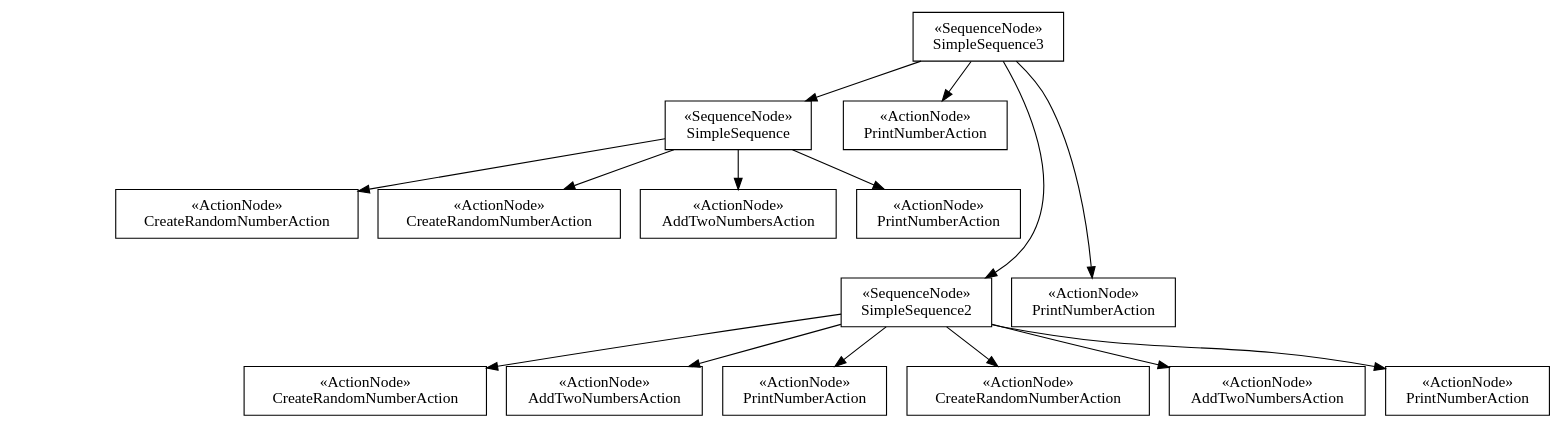
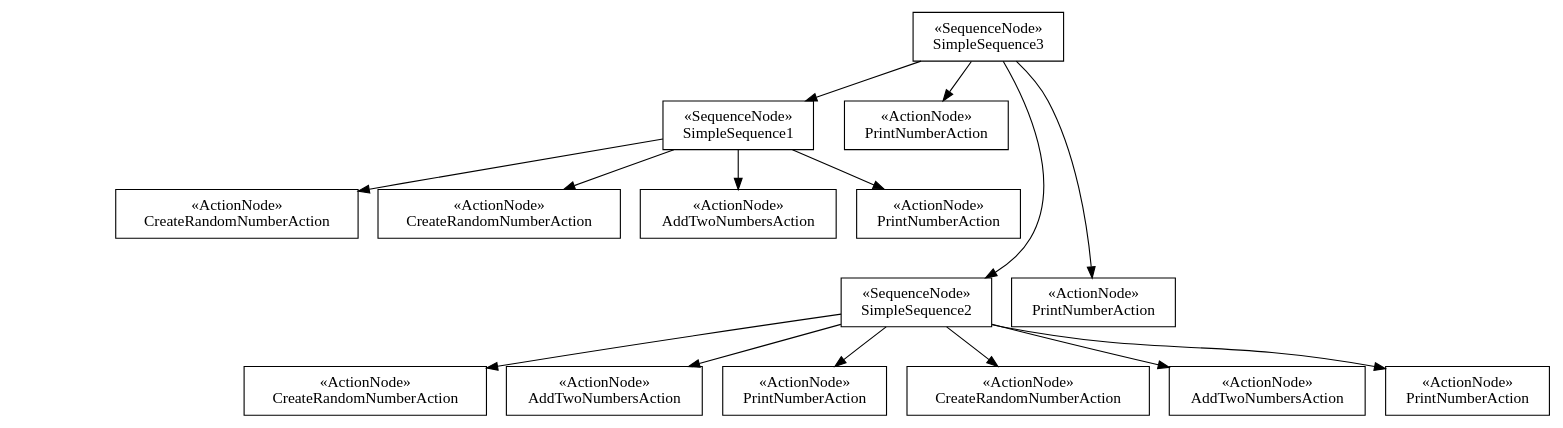
Before and after one commit to careBT/carebt_core: the third of 3 diagrams in docs/tutorial/simple_sequence.rst, drawn with Graphviz. The commit also changed other lines of this file and 2 other files, not shown here.

Commit message:
rename SimpleSequence to SimpleSequence1

```diff
--- a/docs/tutorial/simple_sequence.rst
+++ b/docs/tutorial/simple_sequence.rst
@@ -186,66 +186,66 @@
 .. graphviz::
 
     digraph foo {
         
         // make invisible ranks
         rank1 [style=invisible];
         rank2 [style=invisible];
         rank3 [style=invisible];
         rank4 [style=invisible];
         
         // make "invisible" (white) link between them
         rank1 -> rank2 [color=white];
         rank2 -> rank3 [color=white];
         rank3 -> rank4 [color=white];
 
-        s1 [shape=box, margin="0.05,0.1", label="«SequenceNode»\nSimpleSequence"];
+        s1 [shape=box, margin="0.05,0.1", label="«SequenceNode»\nSimpleSequence1"];
 
         s1c1 [shape=box, margin="0.05,0.1", label="«ActionNode»\nCreateRandomNumberAction"];
         s1c2 [shape=box, margin="0.05,0.1", label="«ActionNode»\nCreateRandomNumberAction"];
         s1c3 [shape=box, margin="0.05,0.1", label="«ActionNode»\nAddTwoNumbersAction"];
         s1c4 [shape=box, margin="0.05,0.1", label="«ActionNode»\nPrintNumberAction"];
 
         s1 -> s1c1
         s1 -> s1c2
         s1 -> s1c3
         s1 -> s1c4
 
         s2 [shape=box, margin="0.05,0.1", label="«SequenceNode»\nSimpleSequence2"];
 
         s2c1 [shape=box, margin="0.05,0.1", label="«ActionNode»\nCreateRandomNumberAction"];
         s2c2 [shape=box, margin="0.05,0.1", label="«ActionNode»\nAddTwoNumbersAction"];
         s2c3 [shape=box, margin="0.05,0.1", label="«ActionNode»\nPrintNumberAction"];
         s2c4 [shape=box, margin="0.05,0.1", label="«ActionNode»\nCreateRandomNumberAction"];
         s2c5 [shape=box, margin="0.05,0.1", label="«ActionNode»\nAddTwoNumbersAction"];
         s2c6 [shape=box, margin="0.05,0.1", label="«ActionNode»\nPrintNumberAction"];
 
         s2 -> s2c1
         s2 -> s2c2
         s2 -> s2c3
         s2 -> s2c4
         s2 -> s2c5
         s2 -> s2c6
 
         s3 [shape=box, margin="0.05,0.1", label="«SequenceNode»\nSimpleSequence3"];
 
         s3c1 [shape=box, margin="0.05,0.1", label="«ActionNode»\nPrintNumberAction"];
         s3c2 [shape=box, margin="0.05,0.1", label="«ActionNode»\nPrintNumberAction"];
 
         s3 -> s1
         s3 -> s3c1
         s3 -> s2
         s3 -> s3c2
         
         {
             rank = same;
             // Here you enforce the desired order with "invisible" edges and arrowheads
             rank2 -> s1 -> s3c1 [ style=invis ];
             rankdir = LR;
         }
         {
             rank = same;
             // Here you enforce the desired order with "invisible" edges and arrowheads
             rank4 -> s2 -> s3c2 [ style=invis ];
             rankdir = LR;
         }
    }
```
